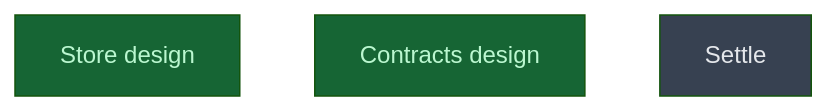
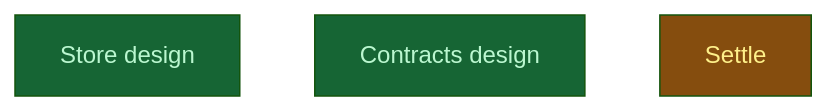
The diagram in __roadmap__/m1-core-foundation/README.md (CrackingShells/cracking-shells-playbook), drawn with Mermaid (forest theme) before and after one commit. The commit also changed other lines of this file and 3 other files, not shown here.

First line of the commit message:
chore(roadmap): close the m1 ci matrix

````diff
--- a/__roadmap__/m1-core-foundation/README.md
+++ b/__roadmap__/m1-core-foundation/README.md
@@ -54,11 +54,11 @@
 ```mermaid
 graph TD
     store_design[Store design]:::done
     contracts_design[Contracts design]:::done
-    settle[Settle]:::planned
+    settle[Settle]:::inprogress
     classDef done       fill:#166534,color:#bbf7d0
     classDef inprogress fill:#854d0e,color:#fef08a
     classDef planned    fill:#374151,color:#e5e7eb
     classDef amendment  fill:#1e3a5f,color:#bfdbfe
     classDef blocked    fill:#7f1d1d,color:#fecaca
 ```
````
